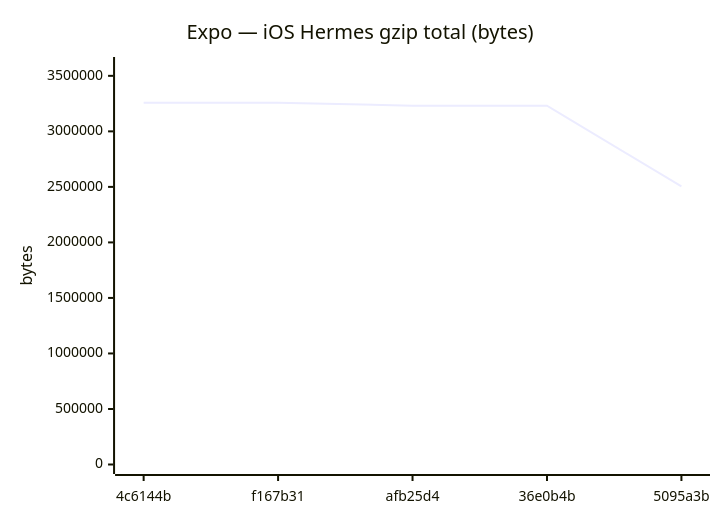
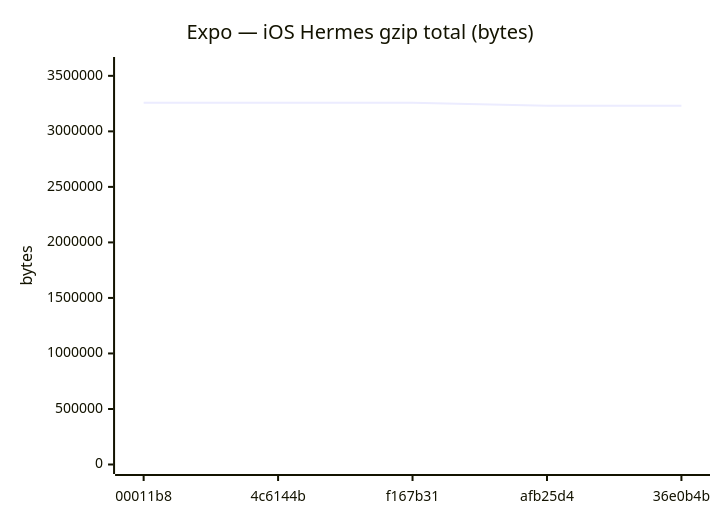
Diagram 12 of 18 in benchmarks/compare.md (Metaheurist/Rianell), drawn with Mermaid before and after one commit. The commit also changed other lines of this file and 11 other files, not shown here.

````diff
--- a/benchmarks/compare.md
+++ b/benchmarks/compare.md
@@ -179,7 +179,7 @@
 ```mermaid
 xychart-beta
     title "Expo — iOS Hermes gzip total (bytes)"
-    x-axis ["4c6144b", "f167b31", "afb25d4", "36e0b4b", "5095a3b"]
-    y-axis "bytes" 0 --> 3584101
-    line [3258273, 3258270, 3230867, 3230712, 2504401]
+    x-axis ["00011b8", "4c6144b", "f167b31", "afb25d4", "36e0b4b"]
+    y-axis "bytes" 0 --> 3584104
+    line [3258276, 3258273, 3258270, 3230867, 3230712]
 ```
````
